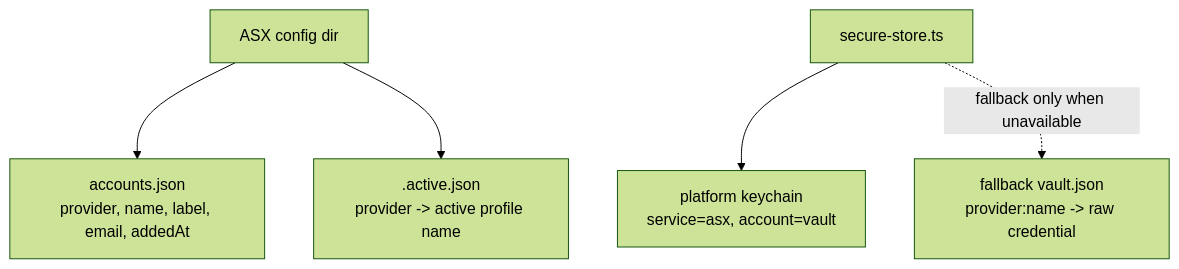
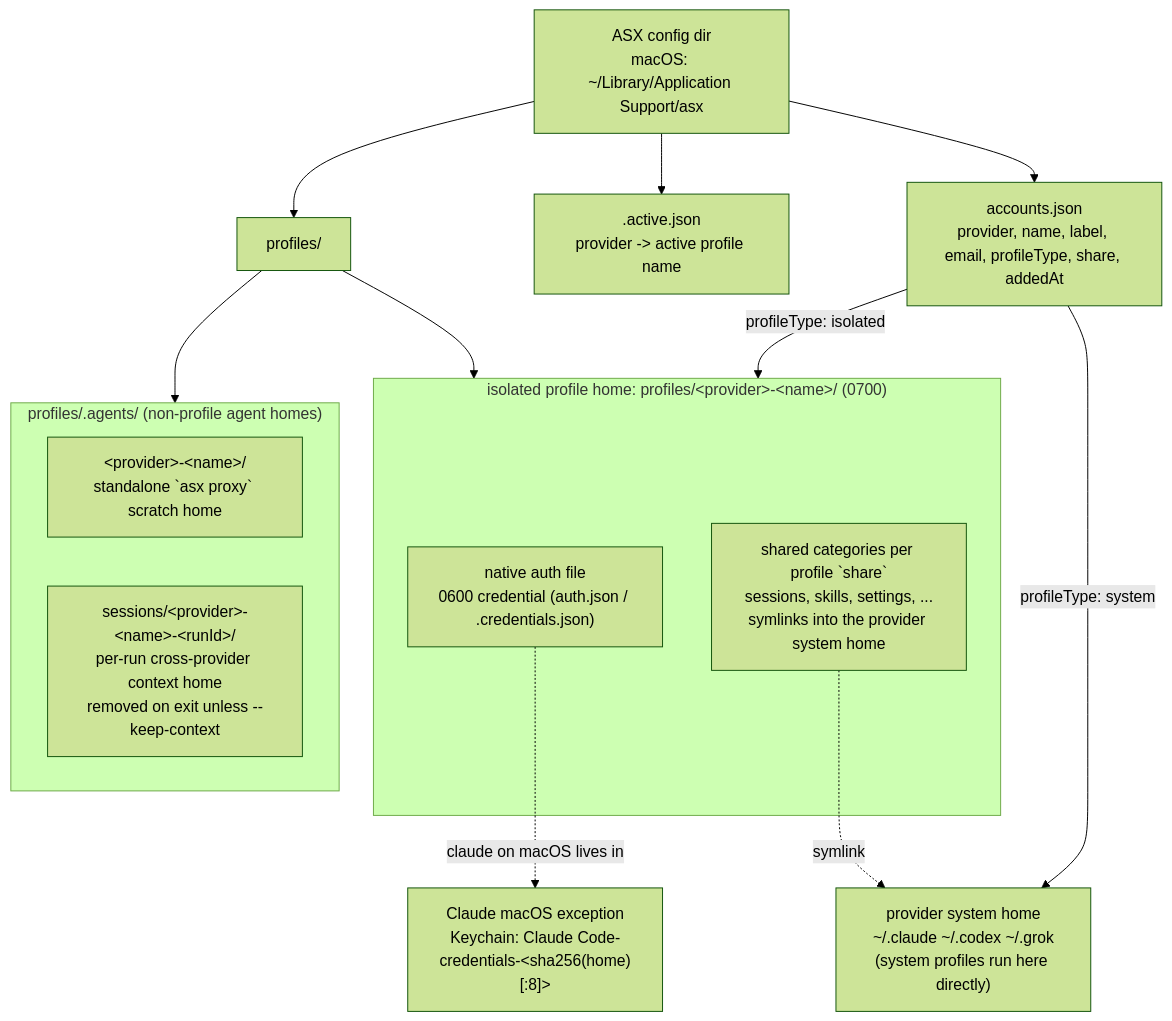
One commit to enif-lee/asx changed the fourth of 9 diagrams in ARCHITECTURE.md. Above: the diagram before and after it, drawn with Mermaid (forest theme). The commit also changed other lines of this file and 32 other files, not shown here.

````diff
--- a/ARCHITECTURE.md
+++ b/ARCHITECTURE.md
@@ -98,14 +103,30 @@
 ```mermaid
 flowchart TD
-  Config["ASX config dir"]
-  Accounts["accounts.json<br/>provider, name, label, email, addedAt"]
+  Config["ASX config dir<br/>macOS: ~/Library/Application Support/asx"]
+  Accounts["accounts.json<br/>provider, name, label, email, profileType, share, addedAt"]
   Active[".active.json<br/>provider -> active profile name"]
-  SecureStore["secure-store.ts"]
-  Keychain["platform keychain<br/>service=asx, account=vault"]
-  VaultFile["fallback vault.json<br/>provider:name -> raw credential"]
+  Profiles["profiles/"]
+
+  subgraph IsolatedHome["isolated profile home: profiles/&lt;provider&gt;-&lt;name&gt;/ (0700)"]
+    Credential["native auth file<br/>0600 credential (auth.json / .credentials.json)"]
+    SharedLinks["shared categories per profile `share`<br/>sessions, skills, settings, ...<br/>symlinks into the provider system home"]
+  end
+
+  SystemHome["provider system home<br/>~/.claude ~/.codex ~/.grok<br/>(system profiles run here directly)"]
+  Keychain["Claude macOS exception<br/>Keychain: Claude Code-credentials-&lt;sha256(home)[:8]&gt;"]
+
+  subgraph AgentsDir["profiles/.agents/ (non-profile agent homes)"]
+    Scratch["&lt;provider&gt;-&lt;name&gt;/<br/>standalone `asx proxy` scratch home"]
+    RunHome["sessions/&lt;provider&gt;-&lt;name&gt;-&lt;runId&gt;/<br/>per-run cross-provider context home<br/>removed on exit unless --keep-context"]
+  end
 
   Config --> Accounts
   Config --> Active
-  SecureStore --> Keychain
-  SecureStore -. "fallback only when unavailable" .-> VaultFile
+  Config --> Profiles
+  Profiles --> IsolatedHome
+  Profiles --> AgentsDir
+  Accounts -- "profileType: system" --> SystemHome
+  Accounts -- "profileType: isolated" --> IsolatedHome
+  Credential -. "claude on macOS lives in" .-> Keychain
+  SharedLinks -. "symlink" .-> SystemHome
 ```
````
